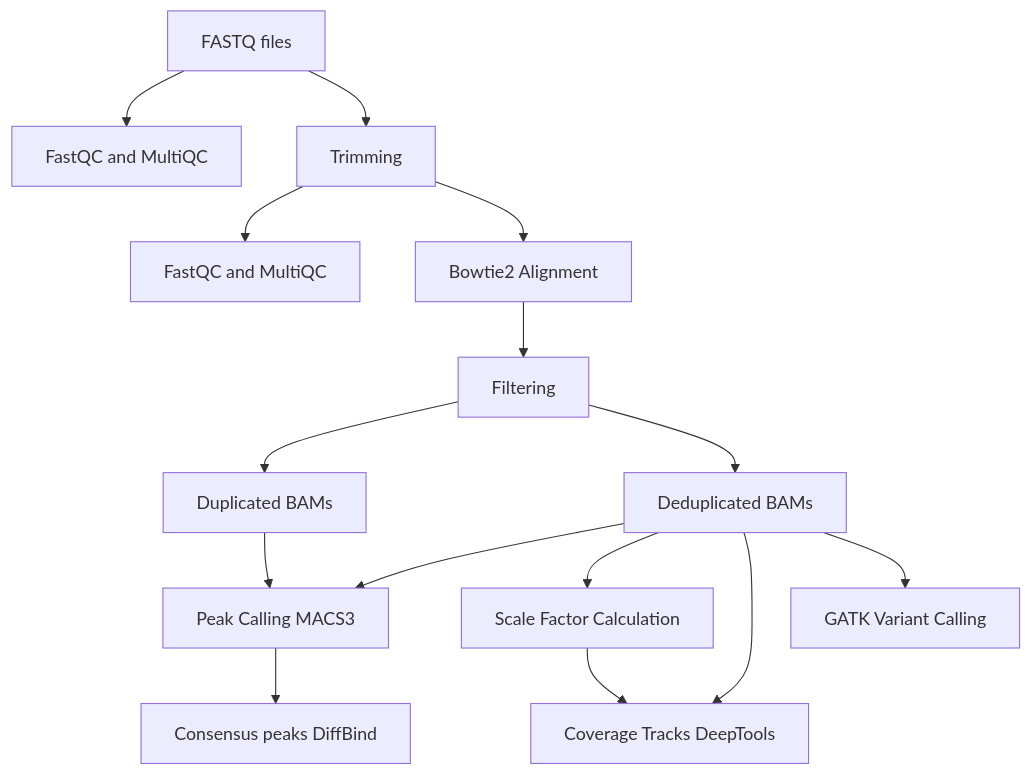
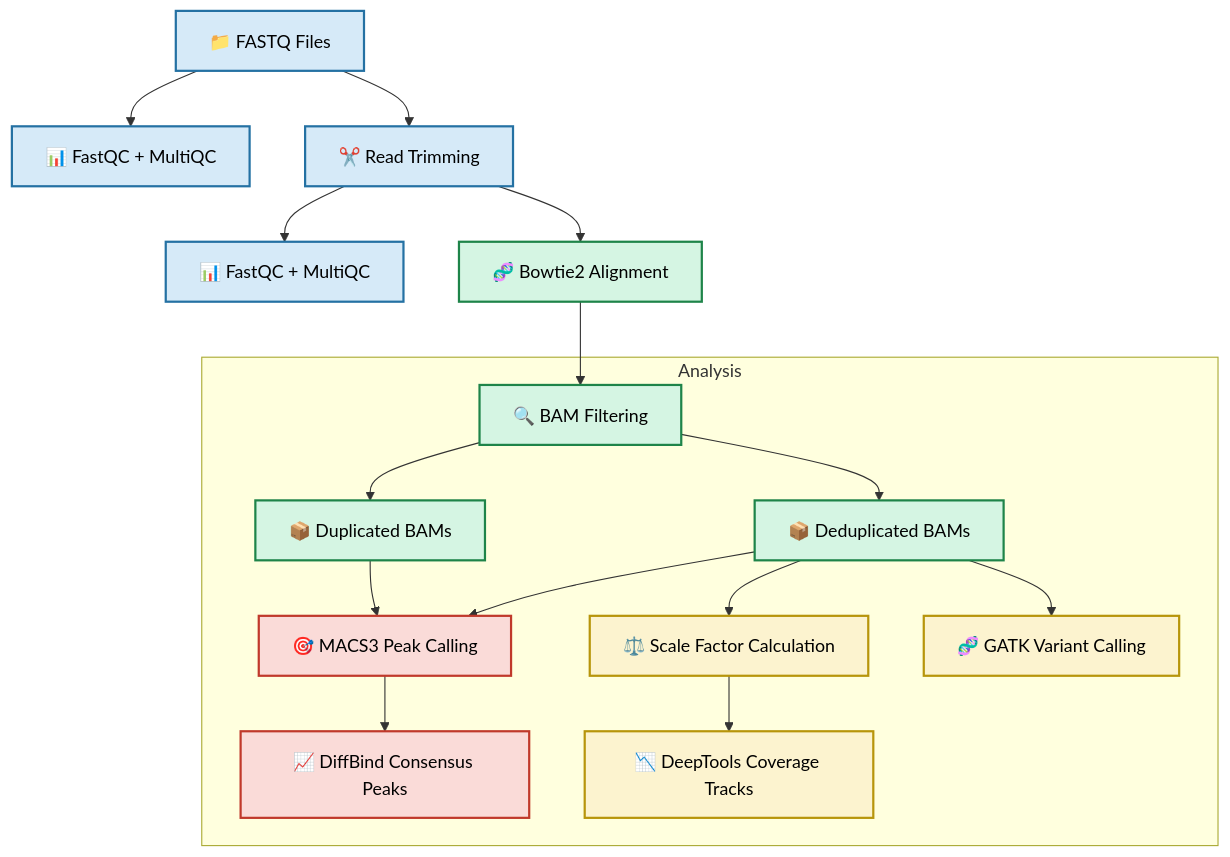
Before and after one commit to CarlosRangel23/CutTagFlow: the diagram in README.md, drawn with Mermaid. The commit also changed other lines of this file, not shown here.

````diff
--- a/README.md
+++ b/README.md
@@ -19,17 +19,45 @@
 ```mermaid
 flowchart TD
-    A[FASTQ files] --> B[FastQC and MultiQC]
-    A --> C[Trimming]
-    C --> D[FastQC and MultiQC]
-    C --> E[Bowtie2 Alignment]
-    E --> F[Filtering]
-    F --> G[Duplicated BAMs]
-    F --> H[Deduplicated BAMs]
-    H --> I[Peak Calling MACS3]
-    G --> I
-    I --> J[Consensus peaks DiffBind]
-    H --> K[Scale Factor Calculation]
-    H --> L[Coverage Tracks DeepTools]
-    K --> L
-    H --> M[GATK Variant Calling]
+
+    A[📁 FASTQ Files]
+    B[📊 FastQC + MultiQC]
+    C[✂️ Read Trimming]
+    D[📊 FastQC + MultiQC]
+    E[🧬 Bowtie2 Alignment]
+    F[🔍 BAM Filtering]
+
+    A --> B
+    A --> C
+    C --> D
+    C --> E
+    E --> F
+
+    subgraph Analysis
+        G[📦 Duplicated BAMs]
+        H[📦 Deduplicated BAMs]
+
+        F --> G
+        F --> H
+
+        G --> I[🎯 MACS3 Peak Calling]
+        H --> I
+
+        I --> J[📈 DiffBind Consensus Peaks]
+
+        H --> K[⚖️ Scale Factor Calculation]
+        K --> L[📉 DeepTools Coverage Tracks]
+
+        H --> M[🧬 GATK Variant Calling]
+    end
+    
+    classDef qc fill:#D6EAF8,stroke:#2471A3,stroke-width:2px,color:#000;
+    classDef align fill:#D5F5E3,stroke:#1E8449,stroke-width:2px,color:#000;
+    classDef peak fill:#FADBD8,stroke:#C0392B,stroke-width:2px,color:#000;
+    classDef downstream fill:#FCF3CF,stroke:#B7950B,stroke-width:2px,color:#000;
+
+    class A,B,C,D qc;
+    class E,F,G,H align;
+    class I,J peak;
+    class K,L,M downstream;
+
 ```
````
